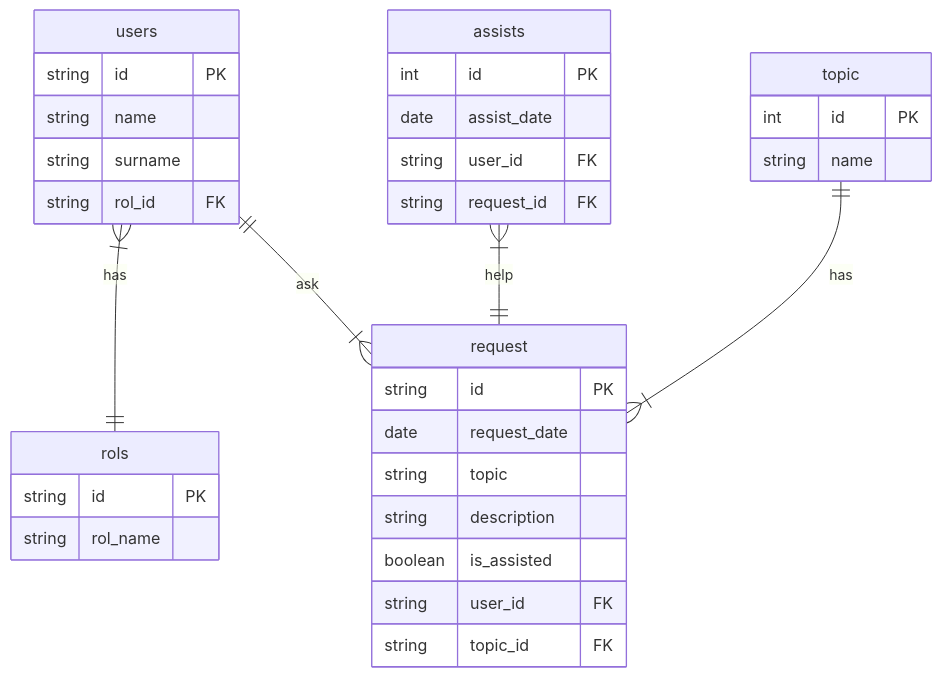
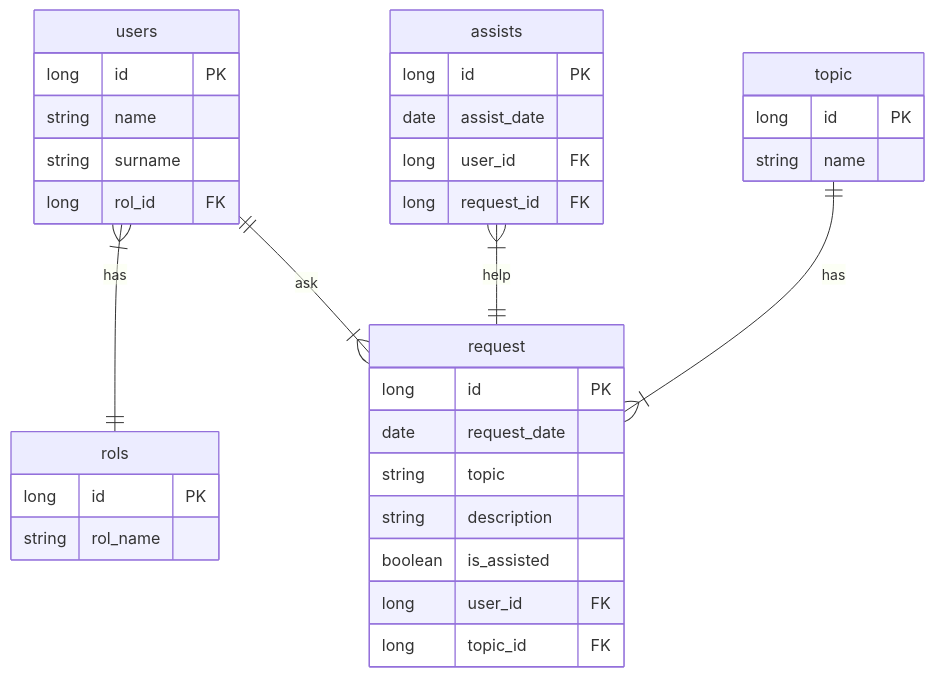
One commit to jemb4/project-spring-support-app changed the diagram in README.md. Above: the diagram before and after it, drawn with Mermaid. The commit also changed 2 other files, not shown here.

Commit message:
feat: relationship OneToMany Rol -> User

````diff
--- a/README.md
+++ b/README.md
@@ -3,36 +3,36 @@
 ```mermaid
 erDiagram
 users {
-  string id PK
+  long id PK
   string name
   string surname
-  string rol_id FK
+  long rol_id FK
 }
 users }|--|| rols : has
 rols {
-  string id PK
+  long id PK
   string rol_name
 }
 users ||--|{ request : ask
 request {
-  string id PK
+  long id PK
   date request_date
   string topic
   string description
   boolean is_assisted
-  string user_id FK
-  string topic_id FK
+  long user_id FK
+  long topic_id FK
 }
 assists }|--|| request : help
 assists {
-  int id PK
+  long id PK
   date assist_date
-  string user_id FK
-  string request_id FK
+  long user_id FK
+  long request_id FK
 }
 topic ||--|{ request : has
 topic {
-  int id PK
+  long id PK
   string name
 }
 ```
````
